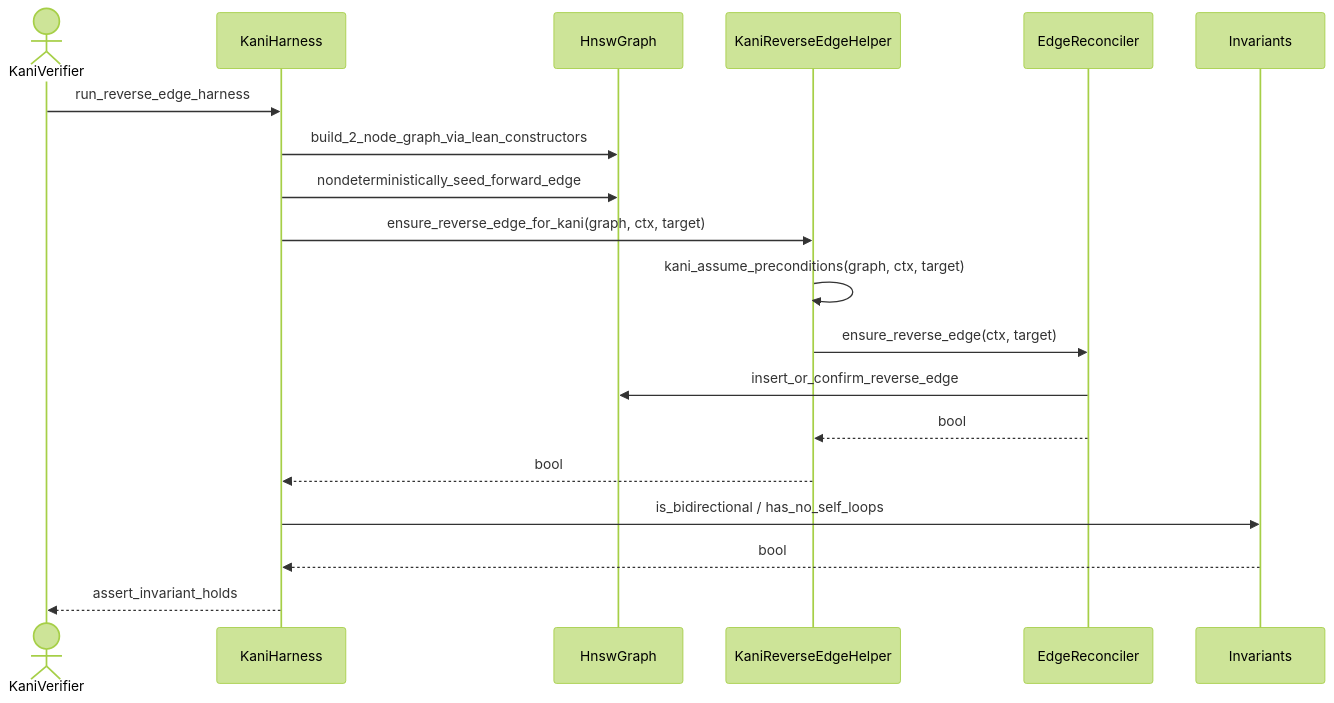
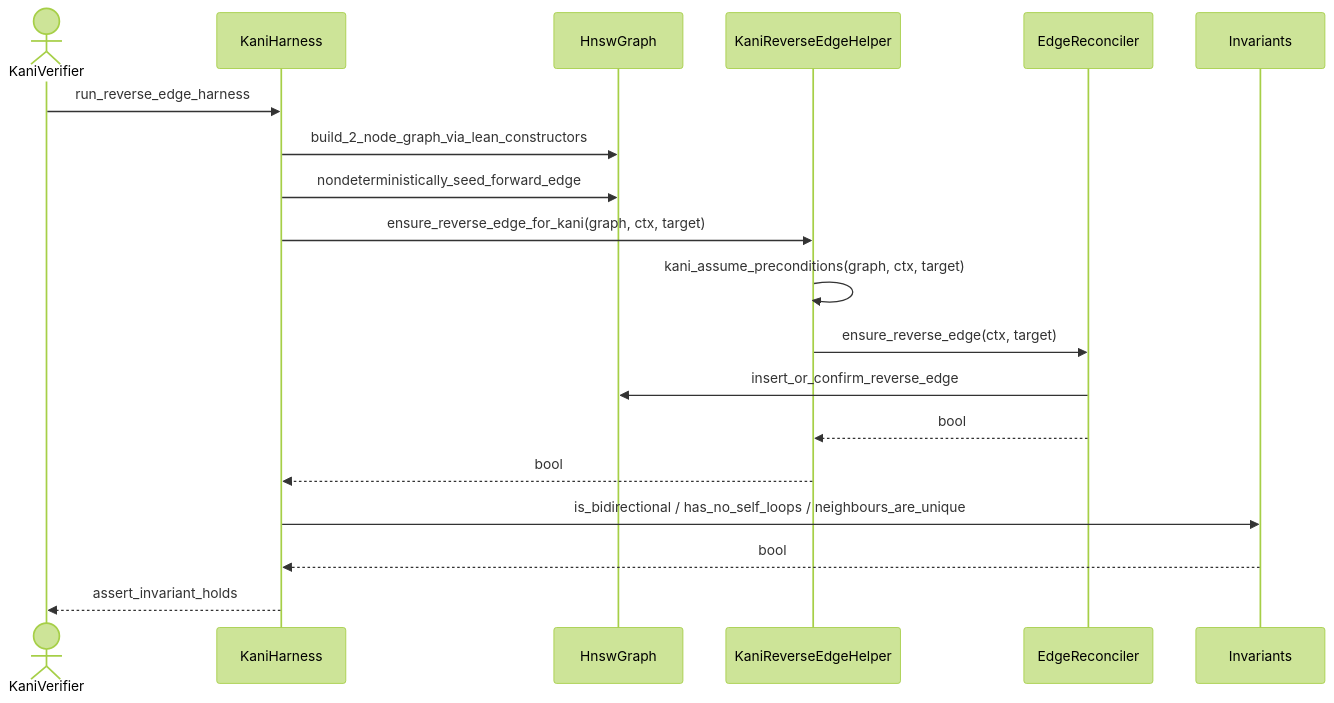
Before and after one commit to leynos/chutoro: the second of 4 diagrams in docs/chutoro-design.md, drawn with Mermaid (forest theme). The commit also changed 2 other files, not shown here.

Commit message:
Apply review quick wins to the oracle, diagram, and contract tests (#202)
Replace the seven-arm decision table in the MST minimality oracle with
a heavy-edge-redundancy predicate and additive weight computation; the
harness re-verifies under Kani, which also proves the rewritten oracle
agrees with the previous table across every selection. Show the
neighbour-uniqueness check in the design document's Figure 2 sequence
diagram so the caption no longer overstates the flow. Convert the Kani
workflow contract tests to a module-scoped pytest fixture so the
workflow parses once per test module.

````diff
--- a/docs/chutoro-design.md
+++ b/docs/chutoro-design.md
@@ -1278,25 +1278,25 @@
 ```mermaid
 sequenceDiagram
     actor KaniVerifier
     participant KaniHarness
     participant HnswGraph
     participant KaniReverseEdgeHelper
     participant EdgeReconciler
     participant Invariants
 
     KaniVerifier->>KaniHarness: run_reverse_edge_harness
     KaniHarness->>HnswGraph: build_2_node_graph_via_lean_constructors
     KaniHarness->>HnswGraph: nondeterministically_seed_forward_edge
 
     KaniHarness->>KaniReverseEdgeHelper: ensure_reverse_edge_for_kani(graph, ctx, target)
     KaniReverseEdgeHelper->>KaniReverseEdgeHelper: kani_assume_preconditions(graph, ctx, target)
     KaniReverseEdgeHelper->>EdgeReconciler: ensure_reverse_edge(ctx, target)
     EdgeReconciler->>HnswGraph: insert_or_confirm_reverse_edge
 
     EdgeReconciler-->>KaniReverseEdgeHelper: bool
     KaniReverseEdgeHelper-->>KaniHarness: bool
 
-    KaniHarness->>Invariants: is_bidirectional / has_no_self_loops
+    KaniHarness->>Invariants: is_bidirectional / has_no_self_loops / neighbours_are_unique
     Invariants-->>KaniHarness: bool
     KaniHarness-->>KaniVerifier: assert_invariant_holds
 ```
````
